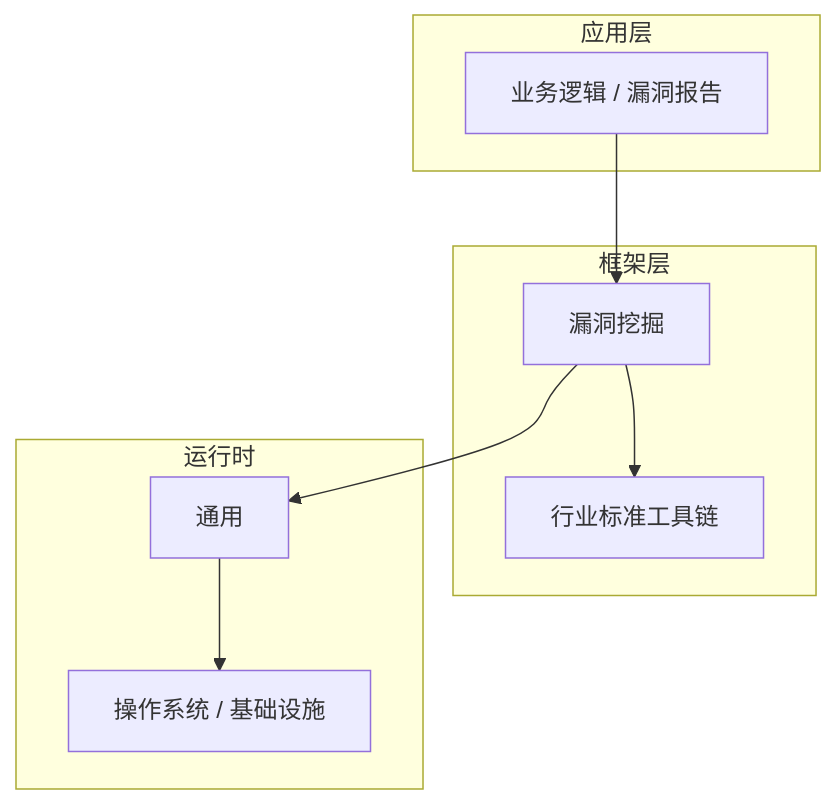
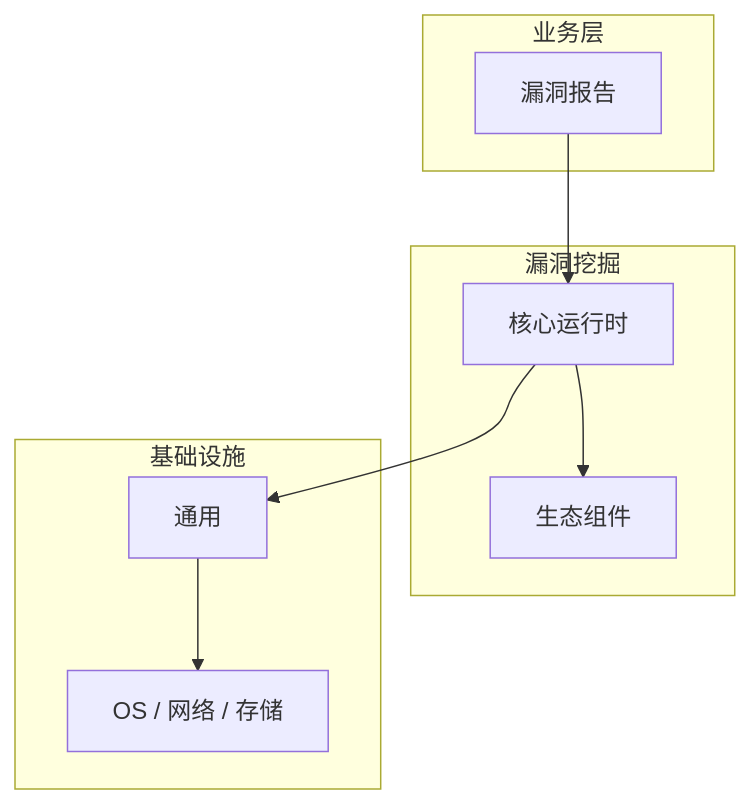
Before and after one commit to yanggan2015/knowledge-json-v2: the diagram in articles/漏洞挖掘/chapters/051-漏洞报告核心概念与原理.md, drawn with Mermaid. The commit also changed other lines of this file and 10127 other files, not shown here.

````diff
--- a/articles/漏洞挖掘/chapters/051-漏洞报告核心概念与原理.md
+++ b/articles/漏洞挖掘/chapters/051-漏洞报告核心概念与原理.md
@@ -46,18 +31,18 @@
 ```mermaid
 graph TB
-    subgraph 应用层
-        A[业务逻辑 / 漏洞报告]
+    subgraph 业务层
+        A[漏洞报告]
     end
-    subgraph 框架层
-        B[漏洞挖掘]
-        C[行业标准工具链]
+    subgraph 漏洞挖掘
+        B[核心运行时]
+        C[生态组件]
     end
-    subgraph 运行时
+    subgraph 基础设施
         D[通用]
-        E[操作系统 / 基础设施]
+        E[OS / 网络 / 存储]
     end
     A --> B
     B --> C
     B --> D
     D --> E
 ```
````
